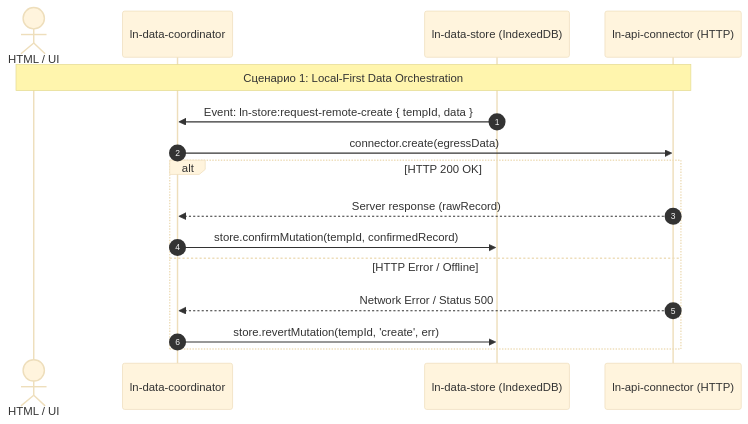
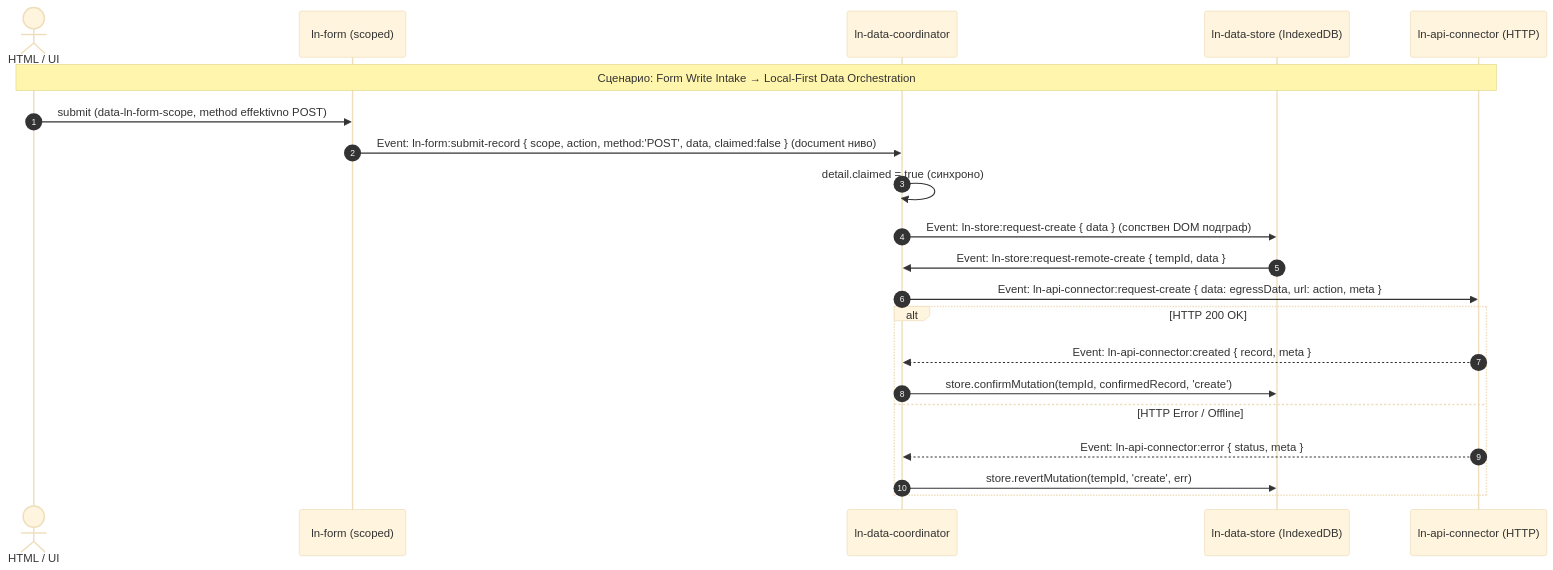
One commit to livenetworks/ln-ashlar changed the diagram in architecture_docs_draft/components/ln-data-coordinator.md. Above: the diagram before and after it, drawn with Mermaid (base theme). The commit also changed other lines of this file and 62 other files, not shown here.

````diff
--- a/architecture_docs_draft/components/ln-data-coordinator.md
+++ b/architecture_docs_draft/components/ln-data-coordinator.md
@@ -146,19 +173,24 @@
 ```mermaid
 sequenceDiagram
     autonumber
     actor Dev as HTML / UI
+    participant Form as ln-form (scoped)
     participant Coord as ln-data-coordinator
     participant Store as ln-data-store (IndexedDB)
     participant Conn as ln-api-connector (HTTP)
 
-    Note over Dev, Conn: Сценарио 1: Local-First Data Orchestration
+    Note over Dev, Conn: Сценарио: Form Write Intake → Local-First Data Orchestration
+    Dev->>Form: submit (data-ln-form-scope, method effektivno POST)
+    Form->>Coord: Event: ln-form:submit-record { scope, action, method:'POST', data, claimed:false } (document ниво)
+    Coord->>Coord: detail.claimed = true (синхроно)
+    Coord->>Store: Event: ln-store:request-create { data } (сопствен DOM подграф)
     Store->>Coord: Event: ln-store:request-remote-create { tempId, data }
-    Coord->>Conn: connector.create(egressData)
+    Coord->>Conn: Event: ln-api-connector:request-create { data: egressData, url: action, meta }
     alt HTTP 200 OK
-        Conn-->>Coord: Server response (rawRecord)
-        Coord->>Store: store.confirmMutation(tempId, confirmedRecord)
+        Conn-->>Coord: Event: ln-api-connector:created { record, meta }
+        Coord->>Store: store.confirmMutation(tempId, confirmedRecord, 'create')
     else HTTP Error / Offline
-        Conn-->>Coord: Network Error / Status 500
+        Conn-->>Coord: Event: ln-api-connector:error { status, meta }
         Coord->>Store: store.revertMutation(tempId, 'create', err)
     end
 ```
````
